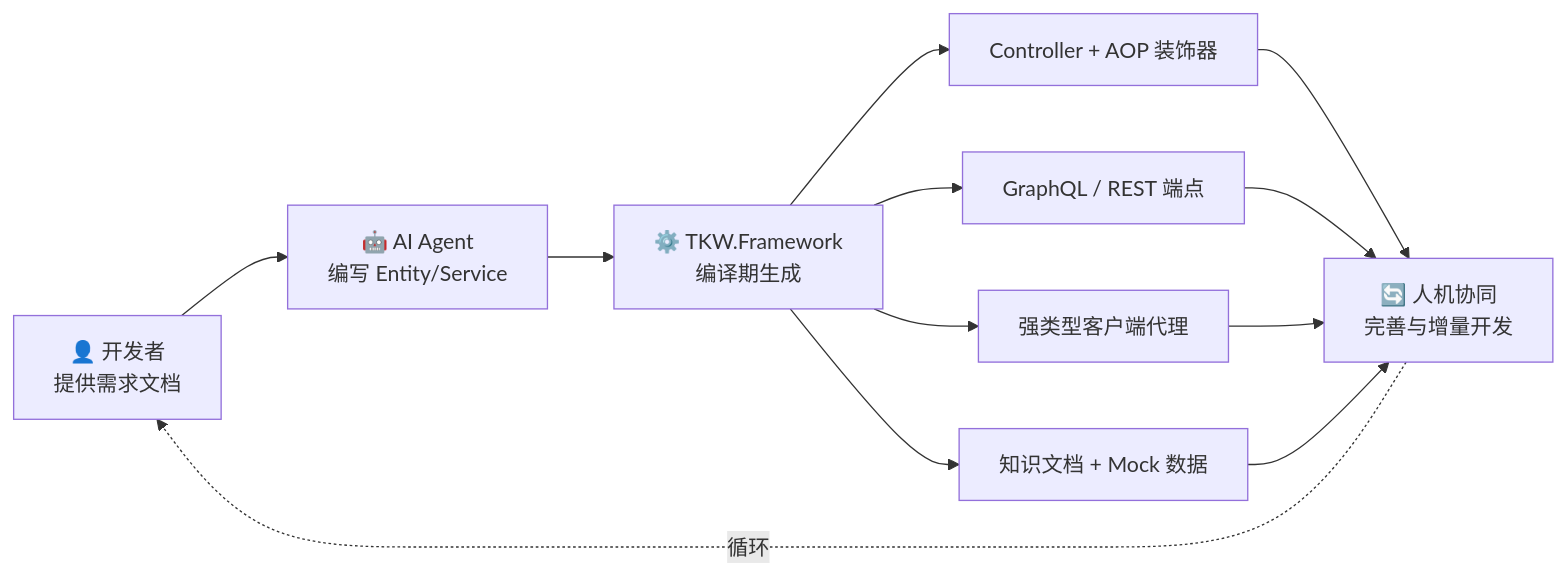
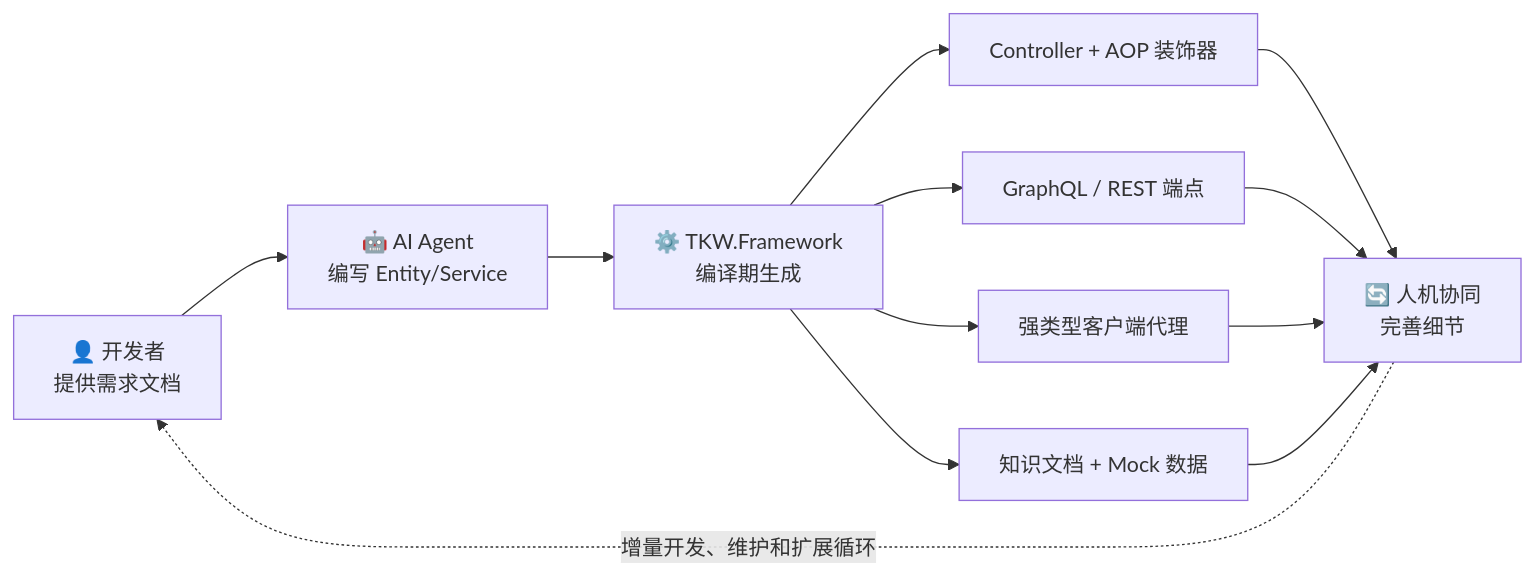
One commit to LoongBa/TKWF.Docs changed the diagram in docs/index.md. Above: the diagram before and after it, drawn with Mermaid. The commit also changed other lines of this file, not shown here.

````diff
--- a/docs/index.md
+++ b/docs/index.md
@@ -36,14 +38,14 @@
 ```mermaid
 graph LR
     A["👤 开发者<br/>提供需求文档"] --> B["🤖 AI Agent<br/>编写 Entity/Service"]
     B --> C["⚙️ TKW.Framework<br/>编译期生成"]
     C --> D["Controller + AOP 装饰器"]
     C --> E["GraphQL / REST 端点"]
     C --> F["强类型客户端代理"]
     C --> G["知识文档 + Mock 数据"]
-    D --> H["🔄 人机协同<br/>完善与增量开发"]
+    D --> H["🔄 人机协同<br/>完善细节"]
     E --> H
     F --> H
     G --> H
-    H -. 循环 .-> A
+    H -. 增量开发、维护和扩展循环 .-> A
 ```
````
